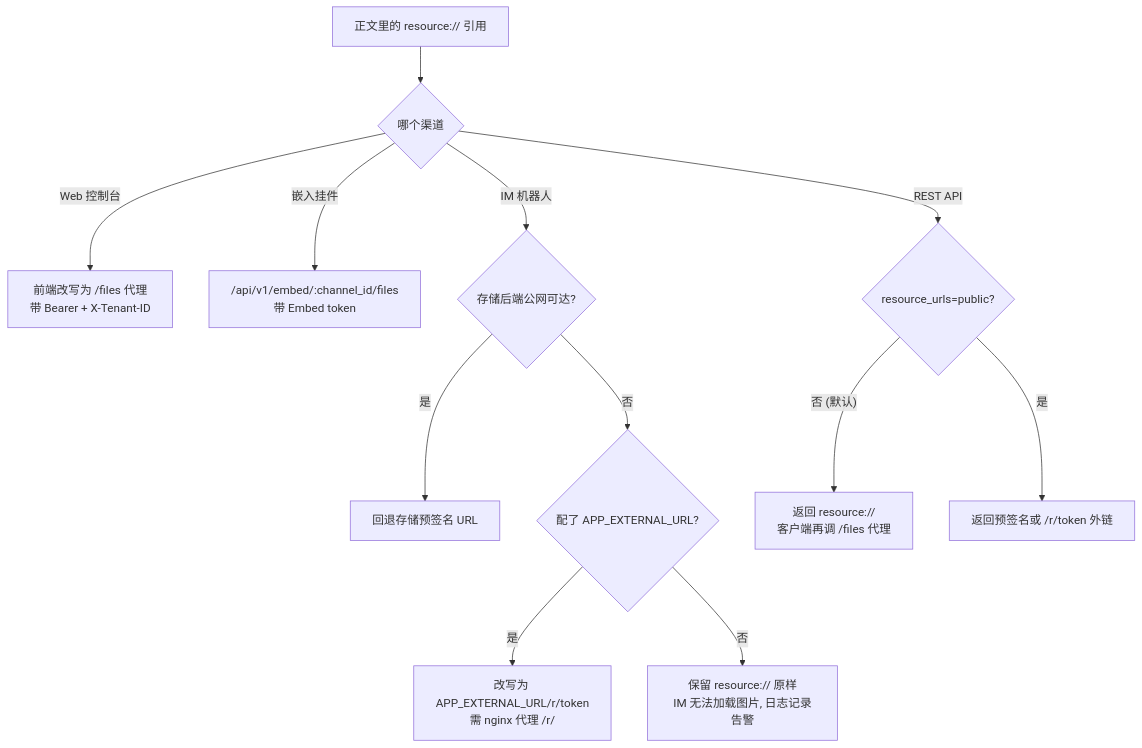
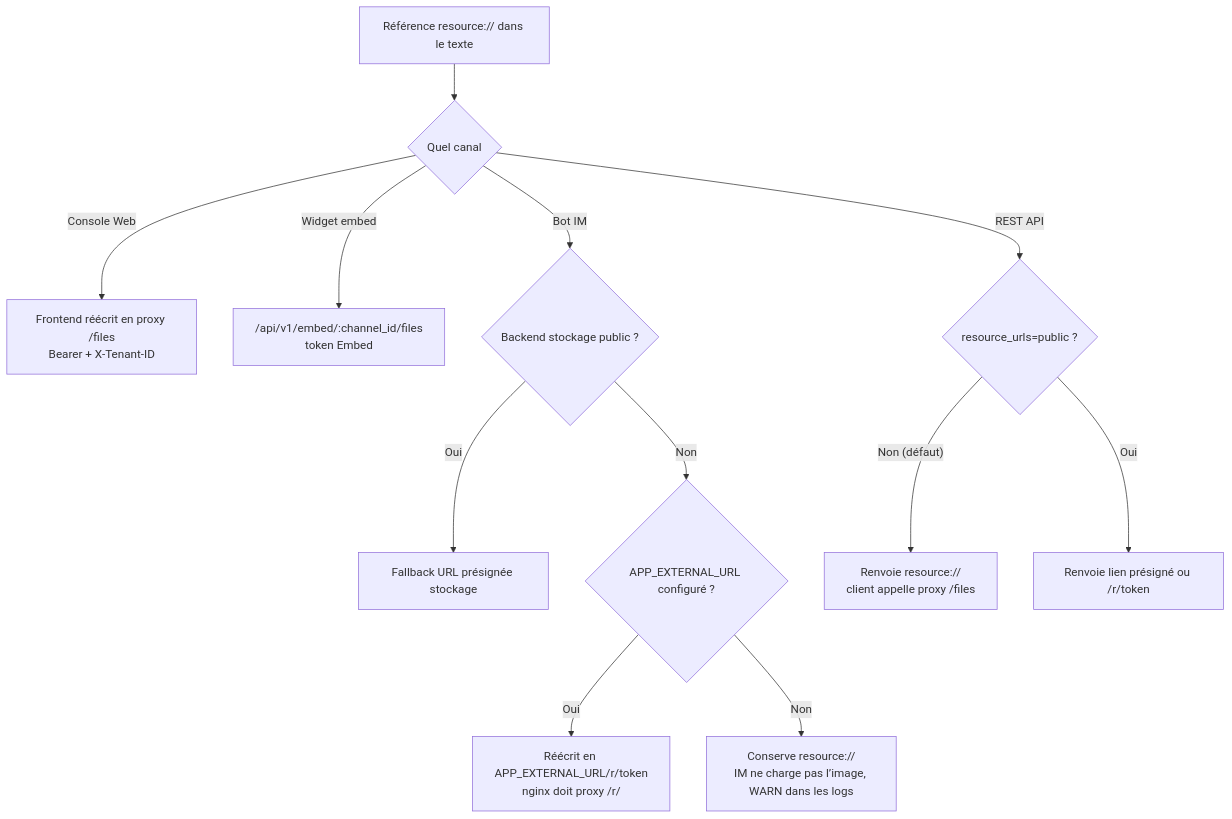
Before and after one commit to samiriggui-code/gsms-template: the diagram in website-docs/03-features/21-file-access.md, drawn with Mermaid. The commit also changed other lines of this file and 301 other files, not shown here.

````diff
--- a/website-docs/03-features/21-file-access.md
+++ b/website-docs/03-features/21-file-access.md
@@ -26,14 +26,14 @@
 ```mermaid
 flowchart TD
-    R["正文里的 resource:// 引用"] --> Q{"哪个渠道"}
-    Q -->|"Web 控制台"| W["前端改写为 /files 代理<br/>带 Bearer + X-Tenant-ID"]
-    Q -->|"嵌入挂件"| E["/api/v1/embed/:channel_id/files<br/>带 Embed token"]
-    Q -->|"IM 机器人"| I{"存储后端公网可达?"}
-    I -->|"是"| IP["回退存储预签名 URL"]
-    I -->|"否"| IE{"配了 APP_EXTERNAL_URL?"}
-    IE -->|"是"| IR["改写为 APP_EXTERNAL_URL/r/token<br/>需 nginx 代理 /r/"]
-    IE -->|"否"| IF["保留 resource:// 原样<br/>IM 无法加载图片, 日志记录告警"]
-    Q -->|"REST API"| A{"resource_urls=public?"}
-    A -->|"否 (默认)"| AH["返回 resource://<br/>客户端再调 /files 代理"]
-    A -->|"是"| AP["返回预签名或 /r/token 外链"]
+    R["Référence resource:// dans le texte"] --> Q{"Quel canal"}
+    Q -->|"Console Web"| W["Frontend réécrit en proxy /files<br/>Bearer + X-Tenant-ID"]
+    Q -->|"Widget embed"| E["/api/v1/embed/:channel_id/files<br/>token Embed"]
+    Q -->|"Bot IM"| I{"Backend stockage public ?"}
+    I -->|"Oui"| IP["Fallback URL présignée stockage"]
+    I -->|"Non"| IE{"APP_EXTERNAL_URL configuré ?"}
+    IE -->|"Oui"| IR["Réécrit en APP_EXTERNAL_URL/r/token<br/>nginx doit proxy /r/"]
+    IE -->|"Non"| IF["Conserve resource://<br/>IM ne charge pas l’image, WARN dans les logs"]
+    Q -->|"REST API"| A{"resource_urls=public ?"}
+    A -->|"Non (défaut)"| AH["Renvoie resource://<br/>client appelle proxy /files"]
+    A -->|"Oui"| AP["Renvoie lien présigné ou /r/token"]
 ```
````
